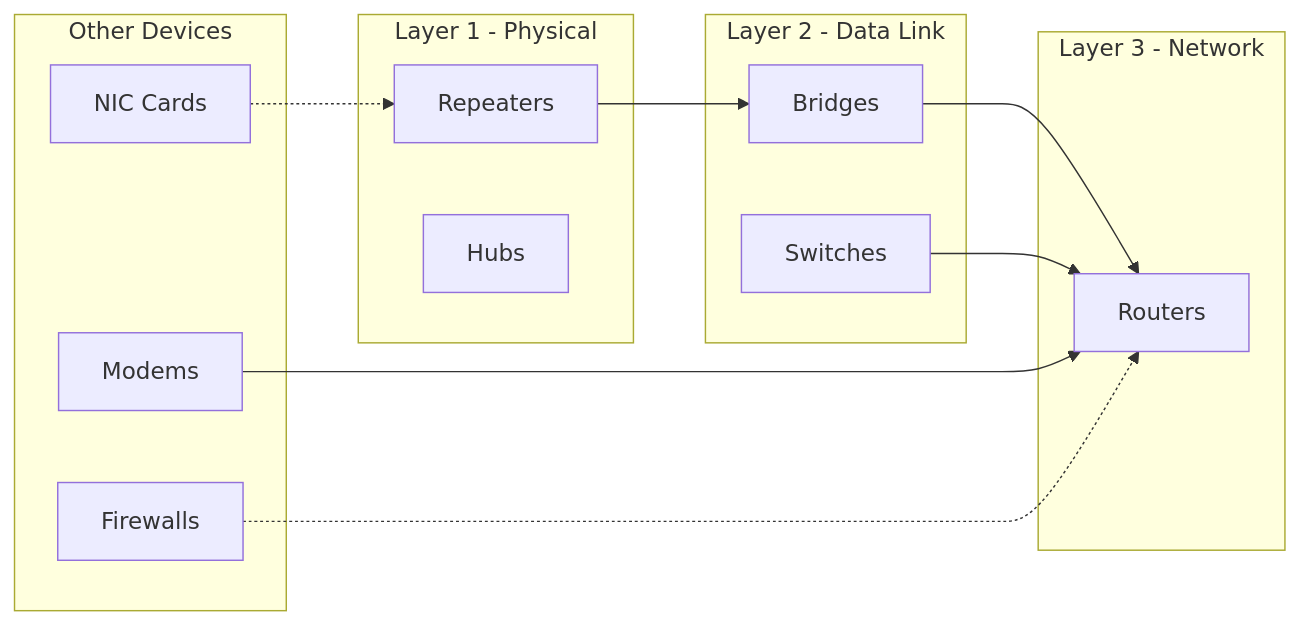
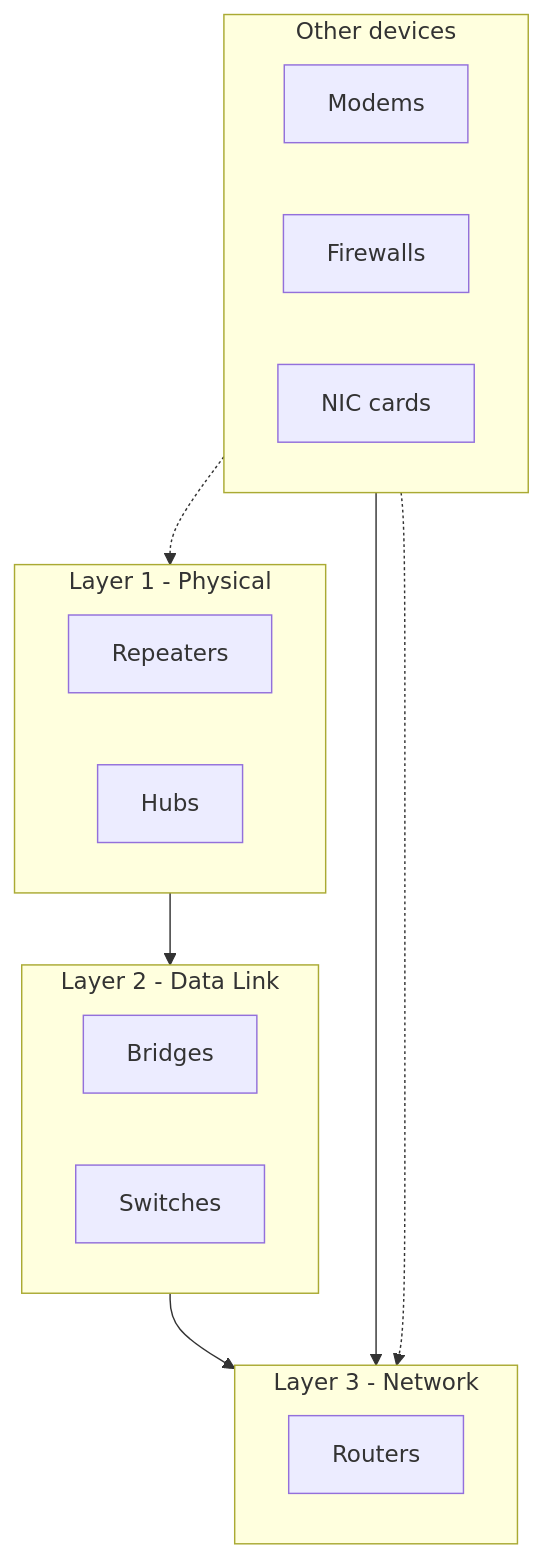
The seventh of 8 diagrams in linux/introduction_about_computer_network.mdx (TechnoBureau/docs), drawn with Mermaid before and after one commit. The commit also changed 12 other files, not shown here.

Commit message:
Improve diagram readability and fix code tab labels

````diff
--- a/linux/introduction_about_computer_network.mdx
+++ b/linux/introduction_about_computer_network.mdx
@@ -151,29 +151,30 @@
 ```mermaid
-graph LR
-    subgraph "Layer 1 - Physical"
-        A[Repeaters]
-        B[Hubs]
+flowchart TD
+    subgraph L1["Layer 1 - Physical"]
+        direction LR
+        A["Repeaters"]
+        B["Hubs"]
     end
 
-    subgraph "Layer 2 - Data Link"
-        C[Bridges]
-        D[Switches]
+    subgraph L2["Layer 2 - Data Link"]
+        direction LR
+        C["Bridges"]
+        D["Switches"]
     end
 
-    subgraph "Layer 3 - Network"
-        E[Routers]
+    subgraph L3["Layer 3 - Network"]
+        E["Routers"]
     end
 
-    subgraph "Other Devices"
-        F[Modems]
-        G[Firewalls]
-        H[NIC Cards]
+    subgraph Other["Other devices"]
+        direction LR
+        F["Modems"]
+        G["Firewalls"]
+        H["NIC cards"]
     end
 
-    A --> C
-    C --> E
-    D --> E
-    F --> E
-    G -.-> E
-    H -.-> A
+    L1 --> L2 --> L3
+    F --> L3
+    G -.-> L3
+    H -.-> L1
 ```
````
